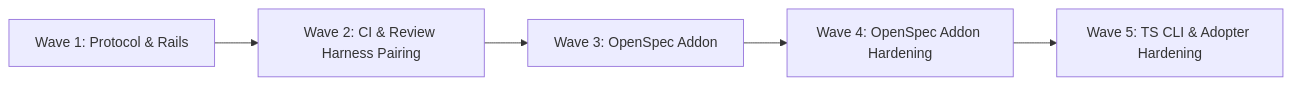
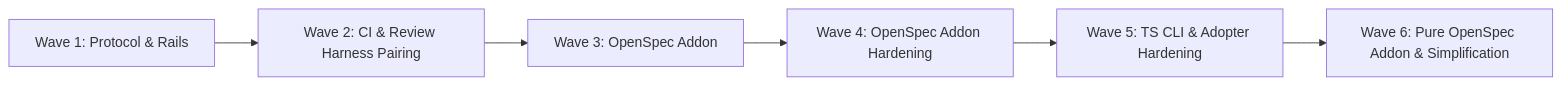
Before and after one commit to mgabs/spec-rails: the diagram in docs/ROADMAP.md, drawn with Mermaid. The commit also changed other lines of this file, not shown here.

Commit message:
chore: add Wave 6 roadmap for pure OpenSpec addon simplification

````diff
--- a/docs/ROADMAP.md
+++ b/docs/ROADMAP.md
@@ -9,4 +9,4 @@
 ```mermaid
 flowchart LR
-    W1[Wave 1: Protocol & Rails] --> W2[Wave 2: CI & Review Harness Pairing] --> W3[Wave 3: OpenSpec Addon] --> W4[Wave 4: OpenSpec Addon Hardening] --> W5[Wave 5: TS CLI & Adopter Hardening]
+    W1[Wave 1: Protocol & Rails] --> W2[Wave 2: CI & Review Harness Pairing] --> W3[Wave 3: OpenSpec Addon] --> W4[Wave 4: OpenSpec Addon Hardening] --> W5[Wave 5: TS CLI & Adopter Hardening] --> W6[Wave 6: Pure OpenSpec Addon & Simplification]
 ```
````
